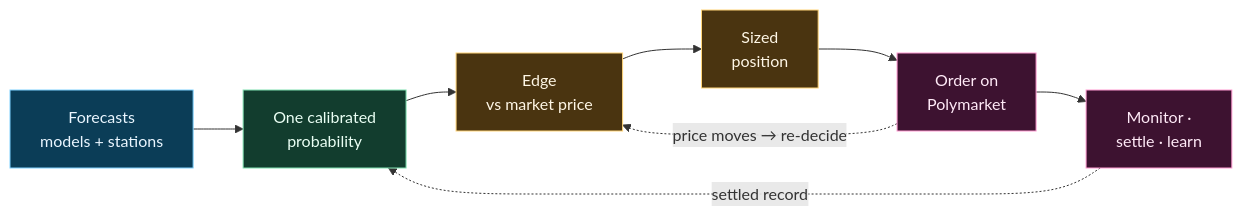
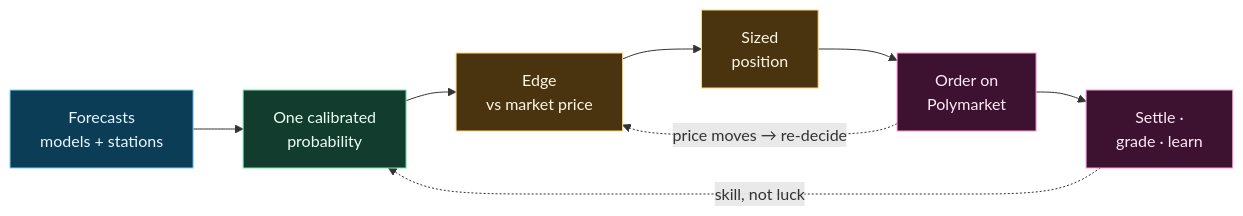
One commit to fitz-s/zeus changed the diagram in README.md. Above: the diagram before and after it, drawn with Mermaid. The commit also changed other lines of this file, not shown here.

````diff
--- a/README.md
+++ b/README.md
@@ -11,14 +16,14 @@
 ```mermaid
 flowchart LR
     A["Forecasts<br/>models + stations"]:::a --> B["One calibrated<br/>probability"]:::b
     B --> C["Edge<br/>vs market price"]:::c
     C --> D["Sized<br/>position"]:::c
     D --> E["Order on<br/>Polymarket"]:::d
-    E --> F["Monitor ·<br/>settle · learn"]:::d
-    F -. "settled record" .-> B
+    E --> F["Settle ·<br/>grade · learn"]:::d
+    F -. "skill, not luck" .-> B
     E -. "price moves → re-decide" .-> C
     classDef a fill:#0b3d57,stroke:#7fd1ff,color:#eaf6ff;
     classDef b fill:#123d2e,stroke:#7fe0b0,color:#eafff4;
     classDef c fill:#4a3410,stroke:#ffd479,color:#fff7e6;
     classDef d fill:#3d1230,stroke:#ff9ad1,color:#ffeaf7;
 ```
````
